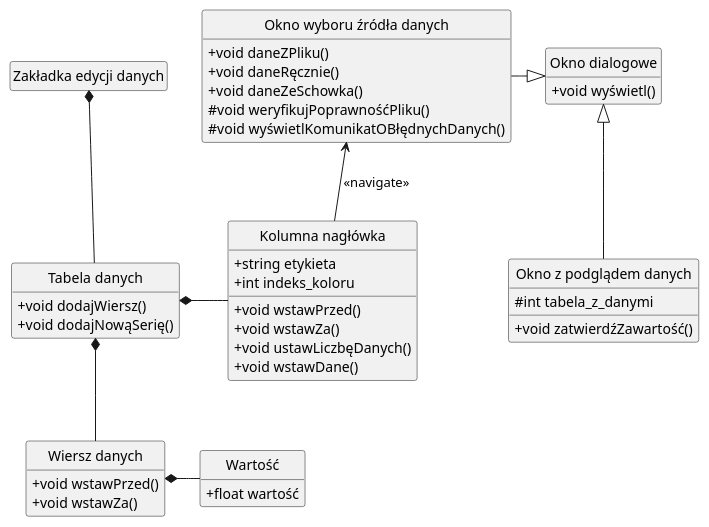
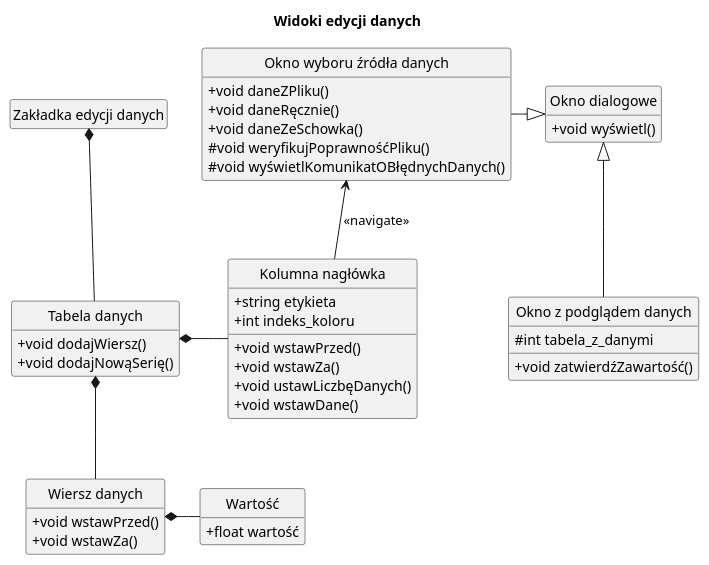
Before and after one commit to resultfulness/pgui-uml: the diagram in src/ui/views/views__data.puml, drawn with PlantUML. The commit also changed 9 other files, not shown here.

```diff
--- a/src/ui/views/views__data.puml
+++ b/src/ui/views/views__data.puml
@@ -1,59 +1,61 @@
 @startuml
 skinparam classAttributeIconSize 0
 hide empty members
 hide circle
+
+title Widoki edycji danych
 
 class "Zakładka edycji danych" as data_tab {
 }
 
 class "Tabela danych" as data_table {
     +void dodajWiersz()
     +void dodajNowąSerię()
 }
 
 class "Kolumna nagłówka" as header_column {
     +string etykieta
     +int indeks_koloru
 
     +void wstawPrzed()
     +void wstawZa()
     +void ustawLiczbęDanych()
     +void wstawDane()
 }
 
 class "Wiersz danych" as data_row {
     +void wstawPrzed()
     +void wstawZa()
 }
 
 class "Wartość" as value {
     +float wartość
 }
 
 class "Okno wyboru źródła danych" as data_inputchoice_win {
     +void daneZPliku()
     +void daneRęcznie()
     +void daneZeSchowka()
     #void weryfikujPoprawnośćPliku()
     #void wyświetlKomunikatOBłędnychDanych()
 }
 
 class "Okno z podglądem danych" as data_preview_win {
     #int tabela_z_danymi
     +void zatwierdźZawartość()
 }
 
 class "Okno dialogowe" as dialog {
     +void wyświetl()
 }
 
 data_tab *-- data_table
 data_table *- header_column
 data_table *-- data_row
 data_row *- value
 
 header_column -u-> data_inputchoice_win : <<navigate>>
 
 dialog <|-l- data_inputchoice_win
 dialog <|-d- data_preview_win
 @enduml
```
